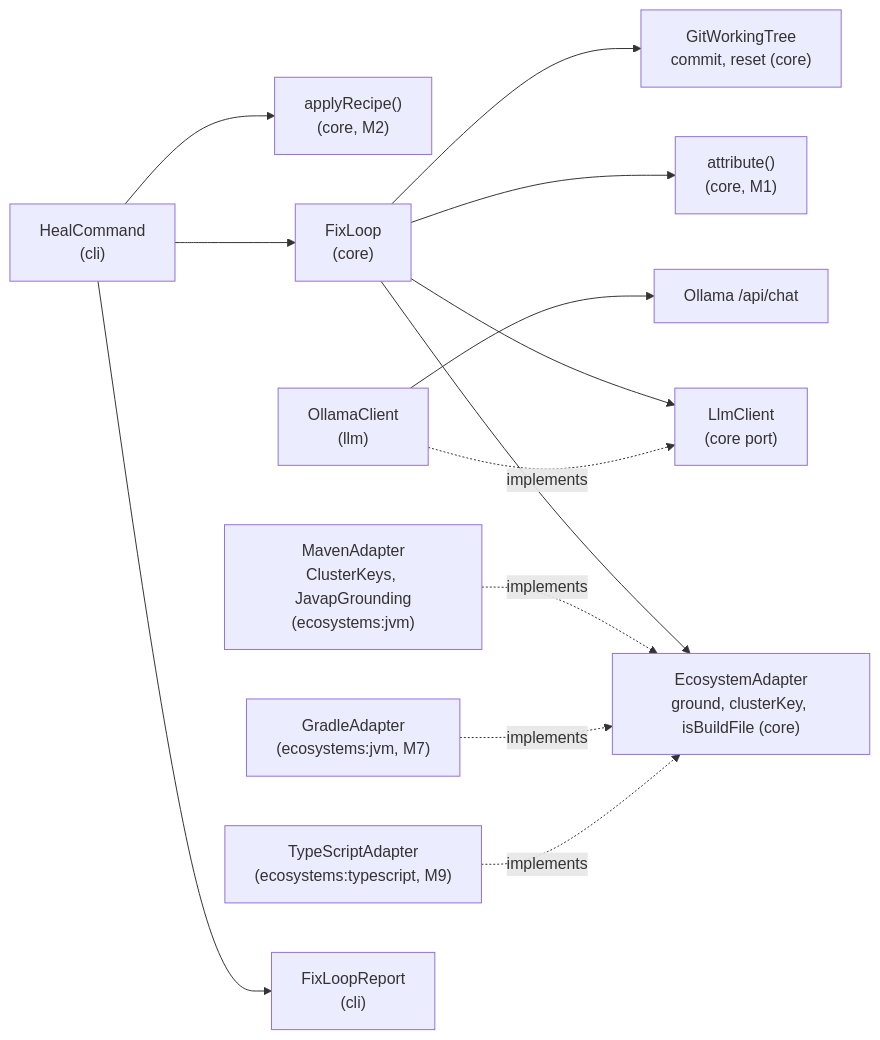
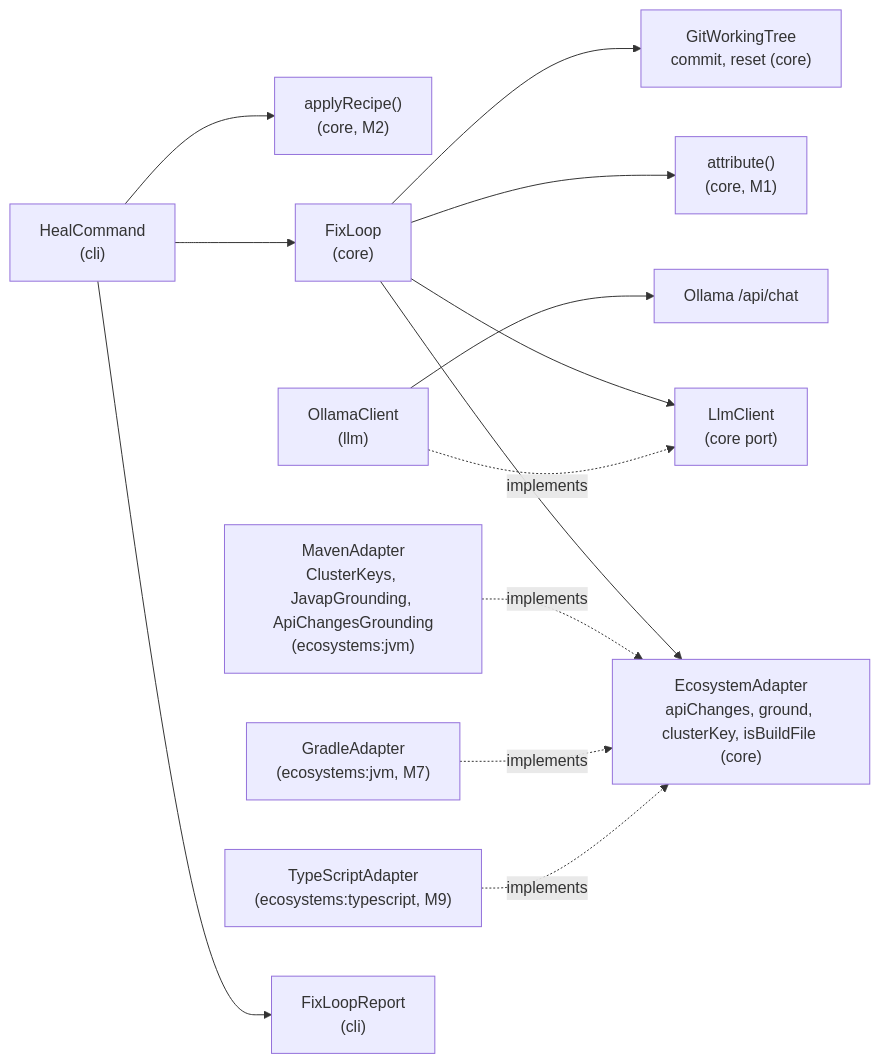
The first of 4 diagrams in docs/architecture/fix-loop.md (danvan86/lector-ai), drawn with Mermaid before and after one commit. The commit also changed other lines of this file and 5 other files, not shown here.

First line of the commit message:
docs: M10 API changes in the architecture docs

````diff
--- a/docs/architecture/fix-loop.md
+++ b/docs/architecture/fix-loop.md
@@ -17,15 +17,15 @@
 ```mermaid
 flowchart LR
     cli["HealCommand<br/>(cli)"] --> recipe["applyRecipe()<br/>(core, M2)"]
     cli --> loop["FixLoop<br/>(core)"]
     loop --> llmPort["LlmClient<br/>(core port)"]
     ollama["OllamaClient<br/>(llm)"] -. implements .-> llmPort
     ollama --> api["Ollama /api/chat"]
-    loop --> adapterPort["EcosystemAdapter<br/>ground, clusterKey, isBuildFile (core)"]
-    maven["MavenAdapter<br/>ClusterKeys, JavapGrounding<br/>(ecosystems:jvm)"] -. implements .-> adapterPort
+    loop --> adapterPort["EcosystemAdapter<br/>apiChanges, ground, clusterKey, isBuildFile (core)"]
+    maven["MavenAdapter<br/>ClusterKeys, JavapGrounding, ApiChangesGrounding<br/>(ecosystems:jvm)"] -. implements .-> adapterPort
     gradle["GradleAdapter<br/>(ecosystems:jvm, M7)"] -. implements .-> adapterPort
     ts["TypeScriptAdapter<br/>(ecosystems:typescript, M9)"] -. implements .-> adapterPort
     loop --> attr["attribute()<br/>(core, M1)"]
     loop --> git["GitWorkingTree<br/>commit, reset (core)"]
     cli --> report["FixLoopReport<br/>(cli)"]
 ```
````
